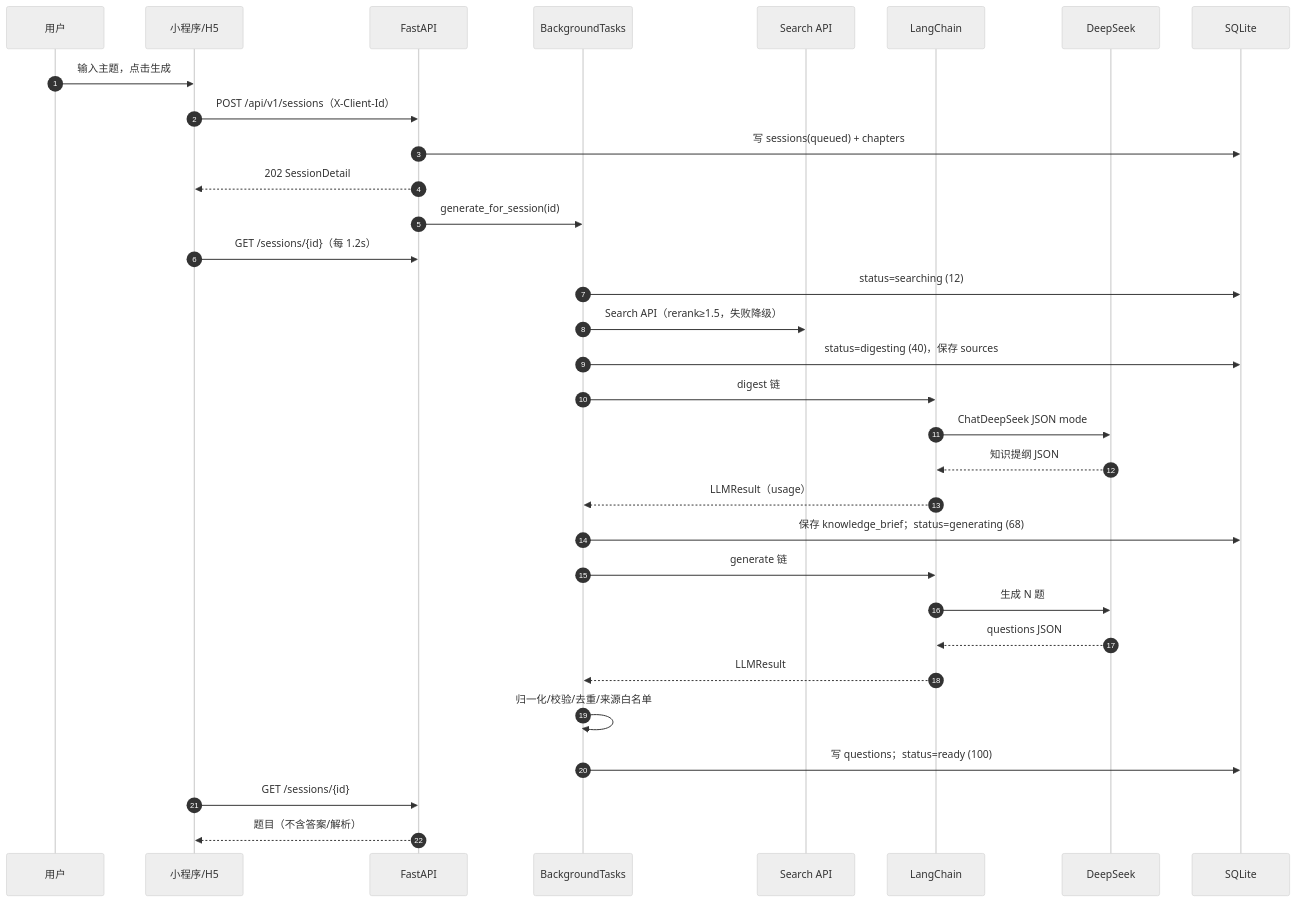
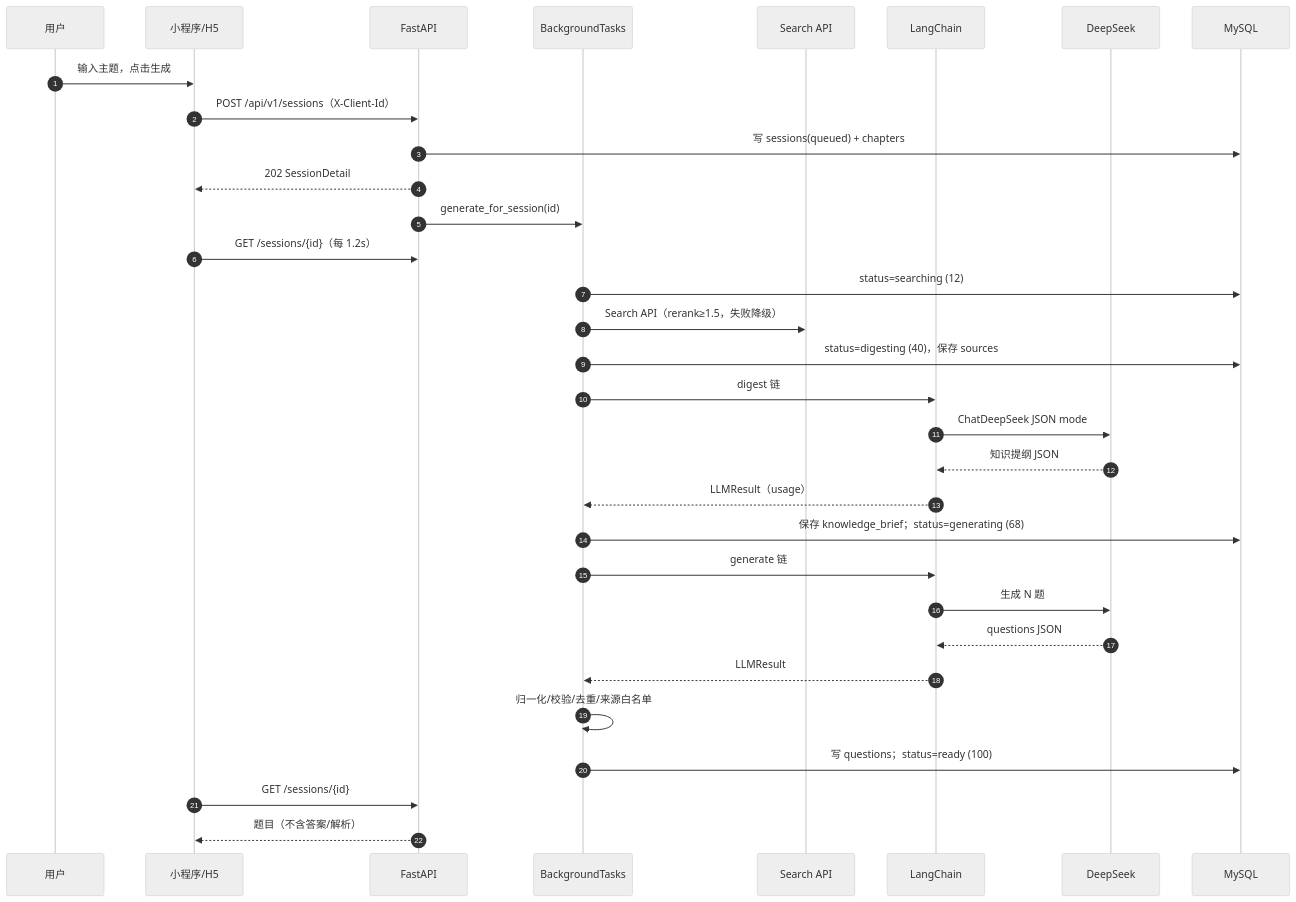
One commit to Light-ux-source/moling-quest changed the first of 3 diagrams in docs/08-系统架构与代码地图.md. Above: the diagram before and after it, drawn with Mermaid (neutral theme). The commit also changed other lines of this file and 104 other files, not shown here.

````diff
--- a/docs/08-系统架构与代码地图.md
+++ b/docs/08-系统架构与代码地图.md
@@ -75,35 +75,35 @@
 ```mermaid
 sequenceDiagram
   autonumber
   participant U as 用户
   participant MP as 小程序/H5
   participant API as FastAPI
   participant BG as BackgroundTasks
   participant SE as Search API
   participant LC as LangChain
   participant DS as DeepSeek
-  participant DB as SQLite
+  participant DB as MySQL
 
   U->>MP: 输入主题，点击生成
   MP->>API: POST /api/v1/sessions（X-Client-Id）
   API->>DB: 写 sessions(queued) + chapters
   API-->>MP: 202 SessionDetail
   API->>BG: generate_for_session(id)
   MP->>API: GET /sessions/{id}（每 1.2s）
   BG->>DB: status=searching (12)
   BG->>SE: Search API（rerank≥1.5，失败降级）
   BG->>DB: status=digesting (40)，保存 sources
   BG->>LC: digest 链
   LC->>DS: ChatDeepSeek JSON mode
   DS-->>LC: 知识提纲 JSON
   LC-->>BG: LLMResult（usage）
   BG->>DB: 保存 knowledge_brief；status=generating (68)
   BG->>LC: generate 链
   LC->>DS: 生成 N 题
   DS-->>LC: questions JSON
   LC-->>BG: LLMResult
   BG->>BG: 归一化/校验/去重/来源白名单
   BG->>DB: 写 questions；status=ready (100)
   MP->>API: GET /sessions/{id}
   API-->>MP: 题目（不含答案/解析）
 ```
````
